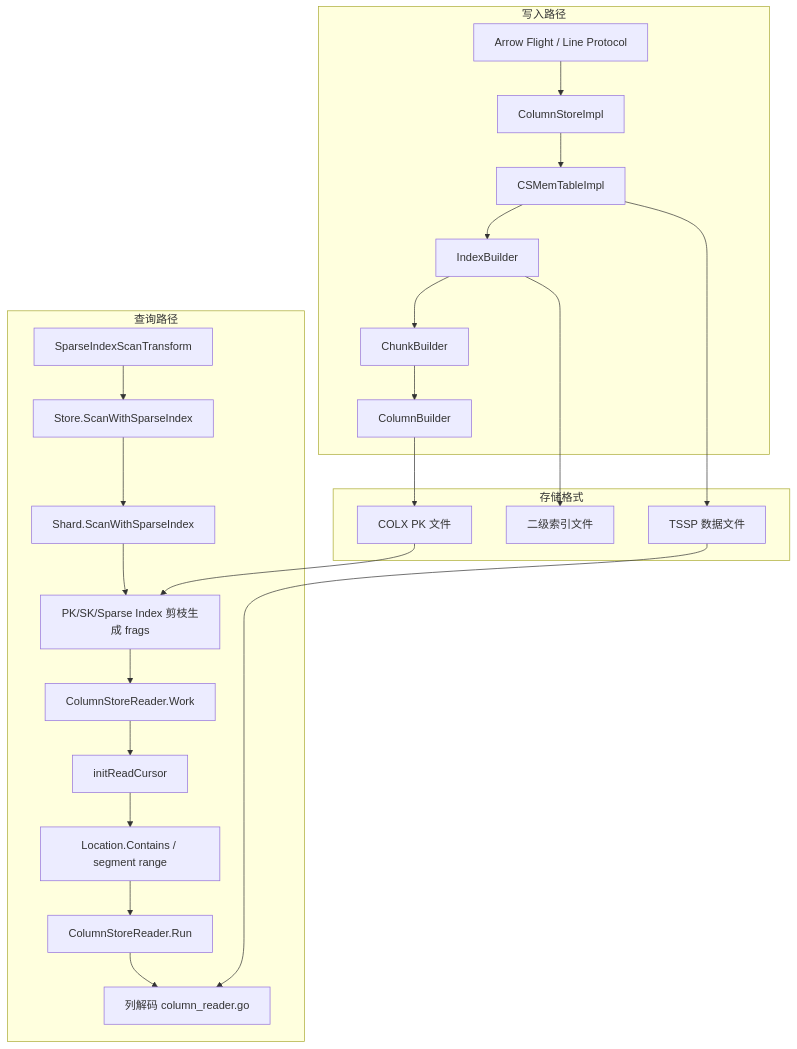
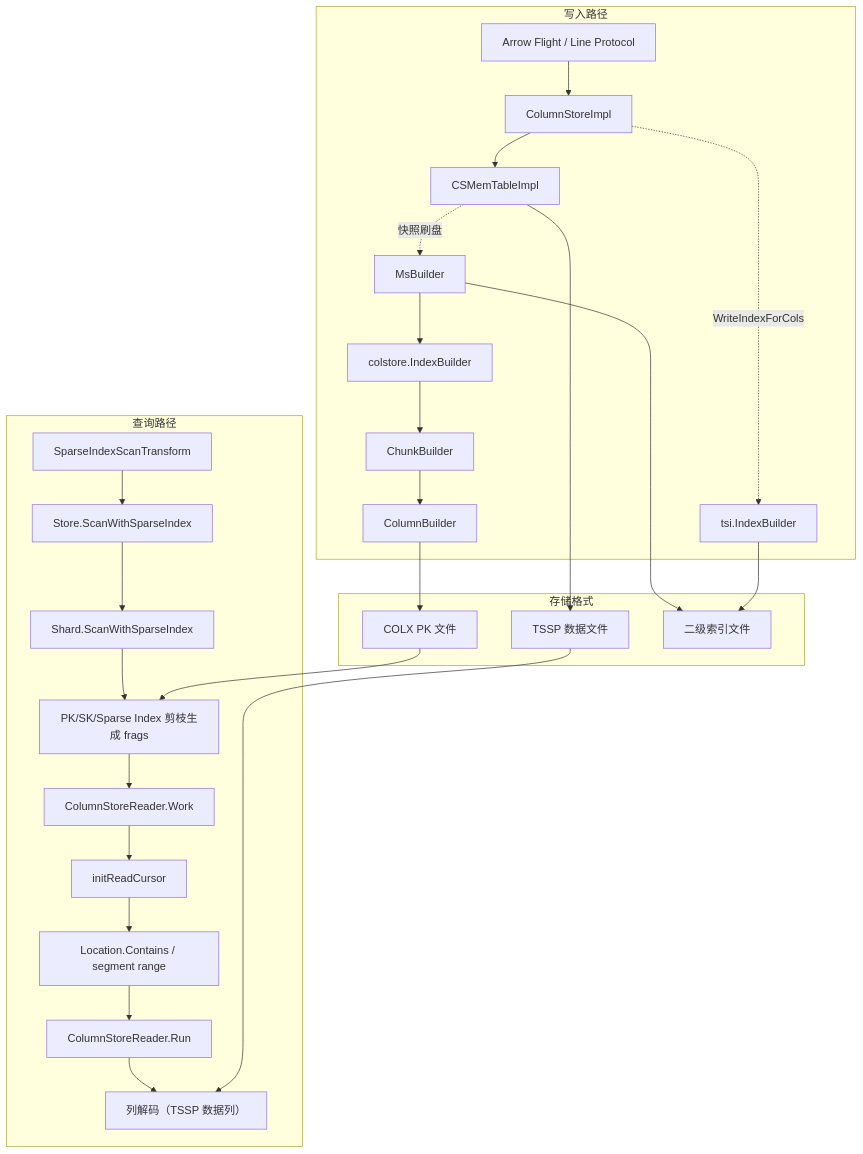
One commit to stefanv5/openGemini changed the first of 12 diagrams in docs/specs/11_column_store_spec.md. Above: the diagram before and after it, drawn with Mermaid. The commit also changed other lines of this file and 37 other files, not shown here.

````diff
--- a/docs/specs/11_column_store_spec.md
+++ b/docs/specs/11_column_store_spec.md
@@ -34,34 +36,37 @@
 ```mermaid
 graph TB
     subgraph 写入路径
         A[Arrow Flight / Line Protocol] --> B[ColumnStoreImpl]
         B --> C[CSMemTableImpl]
-        C --> D[IndexBuilder]
+        B -.->|WriteIndexForCols| T[tsi.IndexBuilder]
+        C -.->|快照刷盘| MB[MsBuilder]
+        MB --> D[colstore.IndexBuilder]
         D --> E[ChunkBuilder]
         E --> F[ColumnBuilder]
     end
 
     subgraph 存储格式
         G[COLX PK 文件]
         H[TSSP 数据文件]
         I[二级索引文件]
     end
 
     F --> G
     C --> H
-    D --> I
+    MB --> I
+    T --> I
 
     subgraph 查询路径
         J0[SparseIndexScanTransform] --> J1[Store.ScanWithSparseIndex]
         J1 --> J2[Shard.ScanWithSparseIndex]
         J2 --> M[PK/SK/Sparse Index 剪枝生成 frags]
         M --> J[ColumnStoreReader.Work]
         J --> K[initReadCursor]
         K --> N[Location.Contains / segment range]
         N --> R[ColumnStoreReader.Run]
-        R --> L[列解码 column_reader.go]
+        R --> L[列解码（TSSP 数据列）]
     end
 
     G --> M
     H --> L
 ```
````
